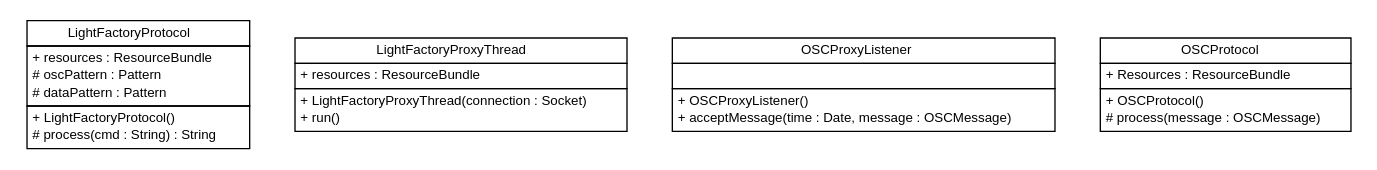
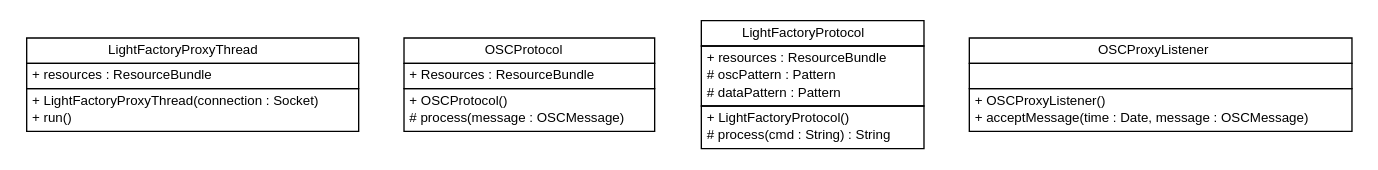
The diagram in apidocs/com/xley/lfosc/impl/com.xley.lfosc.impl.dot (pcross616/lf-osc-proxy), drawn with Graphviz before and after one commit. The commit also changed 69 other files, not shown here.

```diff
--- a/apidocs/com/xley/lfosc/impl/com.xley.lfosc.impl.dot
+++ b/apidocs/com/xley/lfosc/impl/com.xley.lfosc.impl.dot
@@ -1,66 +1,66 @@
 #!/usr/local/bin/dot
 #
 # Class diagram 
 # Generated by UMLGraph version R5_6 (http://www.umlgraph.org/)
 #
 
 digraph G {
 	edge [fontname="Helvetica",fontsize=10,labelfontname="Helvetica",labelfontsize=10];
 	node [fontname="Helvetica",fontsize=10,shape=plaintext];
 	nodesep=0.25;
 	ranksep=0.5;
+	// com.xley.lfosc.impl.LightFactoryProxyThread
+	c8 [label=<<table title="com.xley.lfosc.impl.LightFactoryProxyThread" border="0" cellborder="1" cellspacing="0" cellpadding="2" port="p" href="./LightFactoryProxyThread.html">
+		<tr><td><table border="0" cellspacing="0" cellpadding="1">
+<tr><td align="center" balign="center"> LightFactoryProxyThread </td></tr>
+		</table></td></tr>
+		<tr><td><table border="0" cellspacing="0" cellpadding="1">
+<tr><td align="left" balign="left"> + resources : ResourceBundle </td></tr>
+		</table></td></tr>
+		<tr><td><table border="0" cellspacing="0" cellpadding="1">
+<tr><td align="left" balign="left"> + LightFactoryProxyThread(connection : Socket) </td></tr>
+<tr><td align="left" balign="left"> + run() </td></tr>
+		</table></td></tr>
+		</table>>, URL="./LightFactoryProxyThread.html", fontname="Helvetica", fontcolor="black", fontsize=10.0];
+	// com.xley.lfosc.impl.OSCProtocol
+	c9 [label=<<table title="com.xley.lfosc.impl.OSCProtocol" border="0" cellborder="1" cellspacing="0" cellpadding="2" port="p" href="./OSCProtocol.html">
+		<tr><td><table border="0" cellspacing="0" cellpadding="1">
+<tr><td align="center" balign="center"> OSCProtocol </td></tr>
+		</table></td></tr>
+		<tr><td><table border="0" cellspacing="0" cellpadding="1">
+<tr><td align="left" balign="left"> + Resources : ResourceBundle </td></tr>
+		</table></td></tr>
+		<tr><td><table border="0" cellspacing="0" cellpadding="1">
+<tr><td align="left" balign="left"> + OSCProtocol() </td></tr>
+<tr><td align="left" balign="left"> # process(message : OSCMessage) </td></tr>
+		</table></td></tr>
+		</table>>, URL="./OSCProtocol.html", fontname="Helvetica", fontcolor="black", fontsize=10.0];
 	// com.xley.lfosc.impl.LightFactoryProtocol
-	c8 [label=<<table title="com.xley.lfosc.impl.LightFactoryProtocol" border="0" cellborder="1" cellspacing="0" cellpadding="2" port="p" href="./LightFactoryProtocol.html">
+	c10 [label=<<table title="com.xley.lfosc.impl.LightFactoryProtocol" border="0" cellborder="1" cellspacing="0" cellpadding="2" port="p" href="./LightFactoryProtocol.html">
 		<tr><td><table border="0" cellspacing="0" cellpadding="1">
 <tr><td align="center" balign="center"> LightFactoryProtocol </td></tr>
 		</table></td></tr>
 		<tr><td><table border="0" cellspacing="0" cellpadding="1">
 <tr><td align="left" balign="left"> + resources : ResourceBundle </td></tr>
 <tr><td align="left" balign="left"> # oscPattern : Pattern </td></tr>
 <tr><td align="left" balign="left"> # dataPattern : Pattern </td></tr>
 		</table></td></tr>
 		<tr><td><table border="0" cellspacing="0" cellpadding="1">
 <tr><td align="left" balign="left"> + LightFactoryProtocol() </td></tr>
 <tr><td align="left" balign="left"> # process(cmd : String) : String </td></tr>
 		</table></td></tr>
 		</table>>, URL="./LightFactoryProtocol.html", fontname="Helvetica", fontcolor="black", fontsize=10.0];
-	// com.xley.lfosc.impl.LightFactoryProxyThread
-	c9 [label=<<table title="com.xley.lfosc.impl.LightFactoryProxyThread" border="0" cellborder="1" cellspacing="0" cellpadding="2" port="p" href="./LightFactoryProxyThread.html">
-		<tr><td><table border="0" cellspacing="0" cellpadding="1">
-<tr><td align="center" balign="center"> LightFactoryProxyThread </td></tr>
-		</table></td></tr>
-		<tr><td><table border="0" cellspacing="0" cellpadding="1">
-<tr><td align="left" balign="left"> + resources : ResourceBundle </td></tr>
-		</table></td></tr>
-		<tr><td><table border="0" cellspacing="0" cellpadding="1">
-<tr><td align="left" balign="left"> + LightFactoryProxyThread(connection : Socket) </td></tr>
-<tr><td align="left" balign="left"> + run() </td></tr>
-		</table></td></tr>
-		</table>>, URL="./LightFactoryProxyThread.html", fontname="Helvetica", fontcolor="black", fontsize=10.0];
 	// com.xley.lfosc.impl.OSCProxyListener
-	c10 [label=<<table title="com.xley.lfosc.impl.OSCProxyListener" border="0" cellborder="1" cellspacing="0" cellpadding="2" port="p" href="./OSCProxyListener.html">
+	c11 [label=<<table title="com.xley.lfosc.impl.OSCProxyListener" border="0" cellborder="1" cellspacing="0" cellpadding="2" port="p" href="./OSCProxyListener.html">
 		<tr><td><table border="0" cellspacing="0" cellpadding="1">
 <tr><td align="center" balign="center"> OSCProxyListener </td></tr>
 		</table></td></tr>
 		<tr><td><table border="0" cellspacing="0" cellpadding="1">
 <tr><td align="left" balign="left">  </td></tr>
 		</table></td></tr>
 		<tr><td><table border="0" cellspacing="0" cellpadding="1">
 <tr><td align="left" balign="left"> + OSCProxyListener() </td></tr>
 <tr><td align="left" balign="left"> + acceptMessage(time : Date, message : OSCMessage) </td></tr>
 		</table></td></tr>
 		</table>>, URL="./OSCProxyListener.html", fontname="Helvetica", fontcolor="black", fontsize=10.0];
-	// com.xley.lfosc.impl.OSCProtocol
-	c11 [label=<<table title="com.xley.lfosc.impl.OSCProtocol" border="0" cellborder="1" cellspacing="0" cellpadding="2" port="p" href="./OSCProtocol.html">
-		<tr><td><table border="0" cellspacing="0" cellpadding="1">
-<tr><td align="center" balign="center"> OSCProtocol </td></tr>
-		</table></td></tr>
-		<tr><td><table border="0" cellspacing="0" cellpadding="1">
-<tr><td align="left" balign="left"> + Resources : ResourceBundle </td></tr>
-		</table></td></tr>
-		<tr><td><table border="0" cellspacing="0" cellpadding="1">
-<tr><td align="left" balign="left"> + OSCProtocol() </td></tr>
-<tr><td align="left" balign="left"> # process(message : OSCMessage) </td></tr>
-		</table></td></tr>
-		</table>>, URL="./OSCProtocol.html", fontname="Helvetica", fontcolor="black", fontsize=10.0];
 }
```
